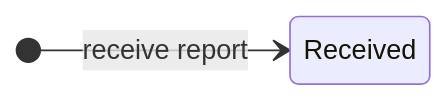
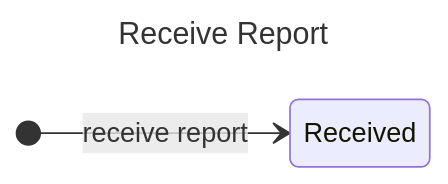
The first of 5 diagrams in docs/process_models/rm/index.md (CERTCC/Vultron), drawn with Mermaid before and after one commit. The commit also changed other lines of this file and 4 other files, not shown here.

Commit message:
add some diagram titles

````diff
--- a/docs/process_models/rm/index.md
+++ b/docs/process_models/rm/index.md
@@ -358,5 +358,8 @@
 ```mermaid
+---
+title: Receive Report
+---
 stateDiagram-v2
     direction LR
     [*] --> Received: receive report
 ```
````
